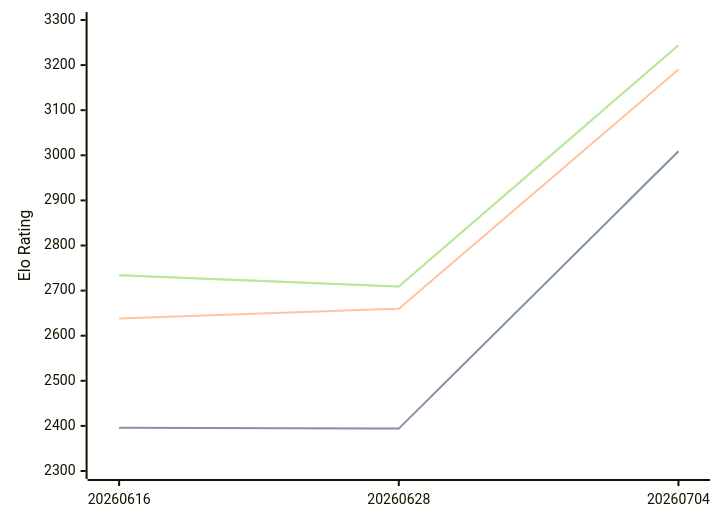
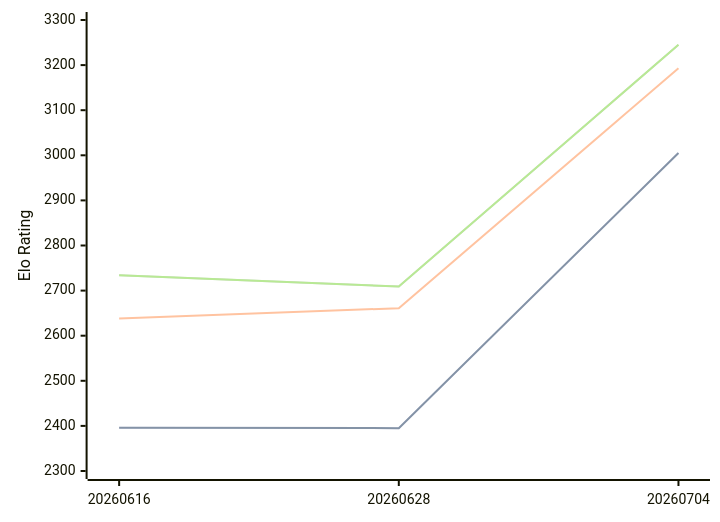
Before and after one commit to computer-chess-index/cci: the diagram in engines/Askaig.md, drawn with Mermaid. The commit also changed other lines of this file, not shown here.

Commit message:
Update CCI Ratings (ELO VLTC) - 2026-08-05

````diff
--- a/engines/Askaig.md
+++ b/engines/Askaig.md
@@ -35,11 +35,11 @@
 ```mermaid
 %%{init: {"theme":"base","themeVariables":{"seriesColors:['#a3a3a3','#222221','#faa371']}}}%%
 xychart-beta
   x-axis ["20260616", "20260628", "20260704"]
   y-axis "Elo Rating" 2300 --> 3300
-  line "STC (8.0+0.08s)" [2396, 2394, 3009]
-  line "STC (8.0+0.08s)" [2396, 2394, 3009]
-  line "LTC (60.0+0.60s)" [2638, 2660, 3190]
-  line "VLTC (2m24s+1.12s)" [2734, 2709, 3244]
-  line "VLTC (2m24s+1.12s)" [2734, 2709, 3244]
+  line "STC (8.0+0.08s)" [2396, 2395, 3005]
+  line "STC (8.0+0.08s)" [2396, 2395, 3005]
+  line "LTC (60.0+0.60s)" [2638, 2661, 3193]
+  line "VLTC (2m24s+1.12s)" [2734, 2709, 3245]
+  line "VLTC (2m24s+1.12s)" [2734, 2709, 3245]
 ```
````
